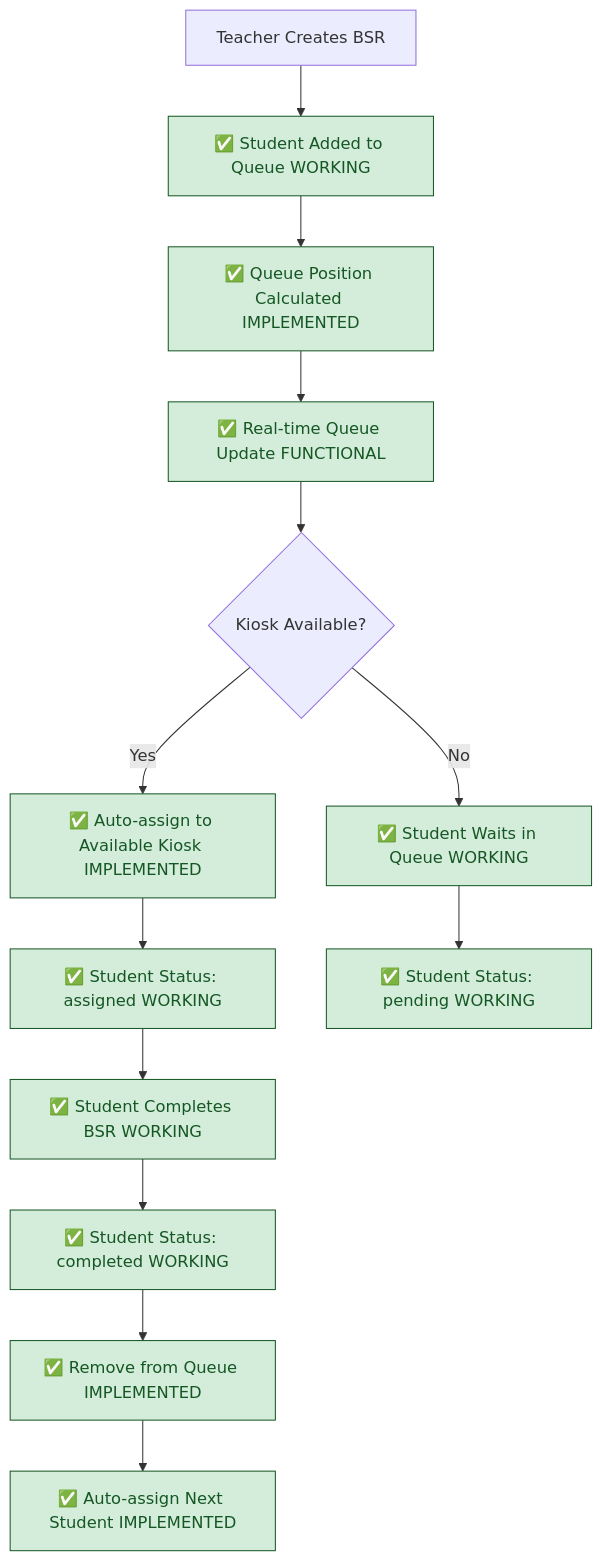
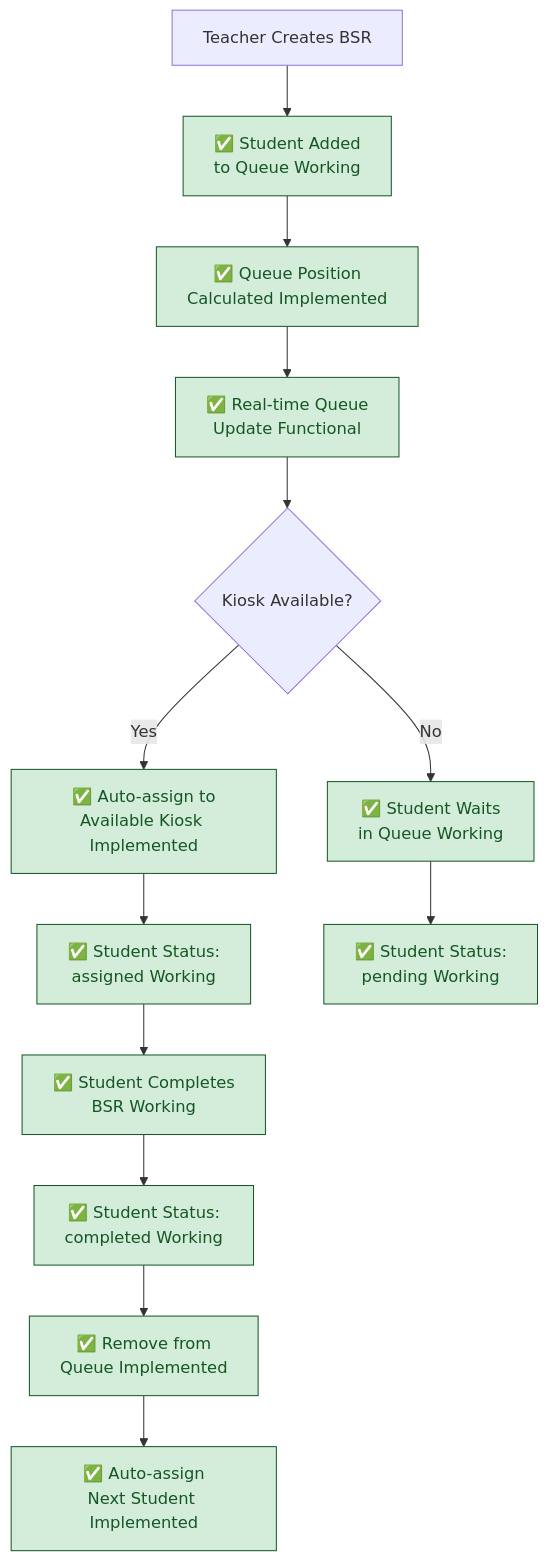
Before and after one commit to Splurfa/bx-os: the first of 6 diagrams in docs/flowcharts/Current-State/07-current-queue-management.md, drawn with Mermaid. The commit also changed 11 other files, not shown here.

Commit message:
Fix flowchart text wrapping

````diff
--- a/docs/flowcharts/Current-State/07-current-queue-management.md
+++ b/docs/flowcharts/Current-State/07-current-queue-management.md
@@ -9,22 +9,22 @@
 ```mermaid
 flowchart TD
-    A[Teacher Creates BSR] --> B[✅ Student Added to Queue WORKING]
-    B --> C[✅ Queue Position Calculated IMPLEMENTED]
-    C --> D[✅ Real-time Queue Update FUNCTIONAL]
+    A[Teacher Creates BSR] --> B[✅ Student Added<br/>to Queue Working]
+    B --> C[✅ Queue Position<br/>Calculated Implemented]
+    C --> D[✅ Real-time Queue<br/>Update Functional]
     
     D --> E{Kiosk Available?}
-    E -->|Yes| F[✅ Auto-assign to Available Kiosk IMPLEMENTED]
-    E -->|No| G[✅ Student Waits in Queue WORKING]
+    E -->|Yes| F[✅ Auto-assign to<br/>Available Kiosk Implemented]
+    E -->|No| G[✅ Student Waits<br/>in Queue Working]
     
-    F --> H[✅ Student Status: assigned WORKING]
-    G --> I[✅ Student Status: pending WORKING]
+    F --> H[✅ Student Status:<br/>assigned Working]
+    G --> I[✅ Student Status:<br/>pending Working]
     
-    H --> J[✅ Student Completes BSR WORKING]
-    J --> K[✅ Student Status: completed WORKING]
-    K --> L[✅ Remove from Queue IMPLEMENTED]
-    L --> M[✅ Auto-assign Next Student IMPLEMENTED]
+    H --> J[✅ Student Completes<br/>BSR Working]
+    J --> K[✅ Student Status:<br/>completed Working]
+    K --> L[✅ Remove from<br/>Queue Implemented]
+    L --> M[✅ Auto-assign<br/>Next Student Implemented]
     
     classDef working fill:#d4edda,stroke:#155724,color:#155724
     
     class B,C,D,F,G,H,I,J,K,L,M working
 ```
````
